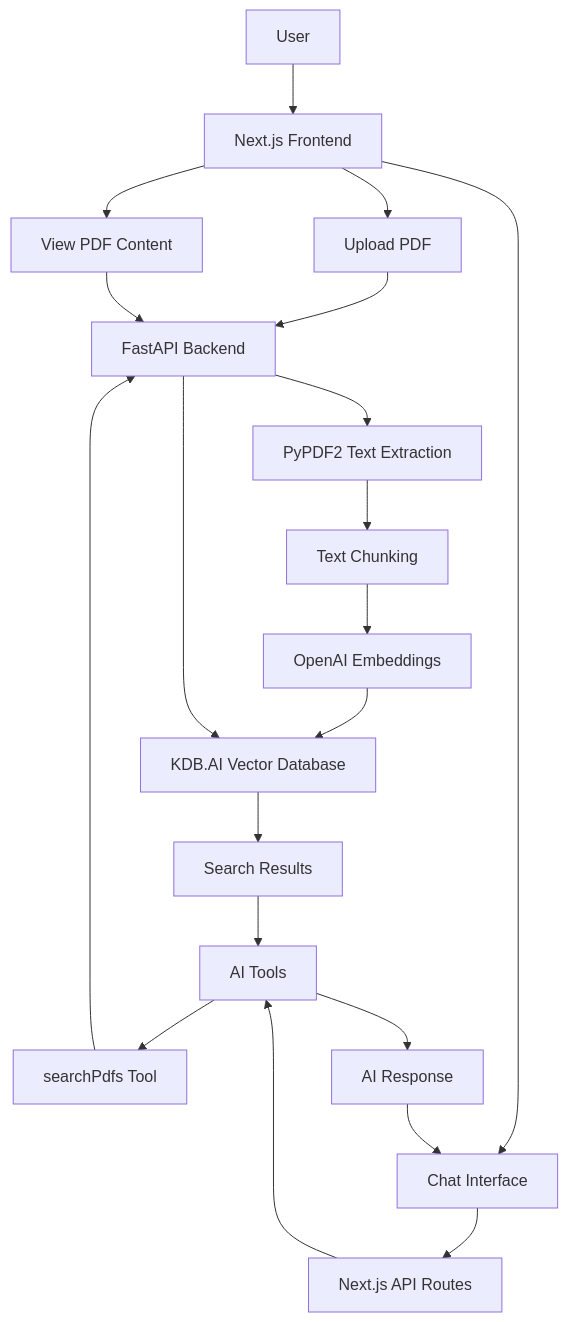
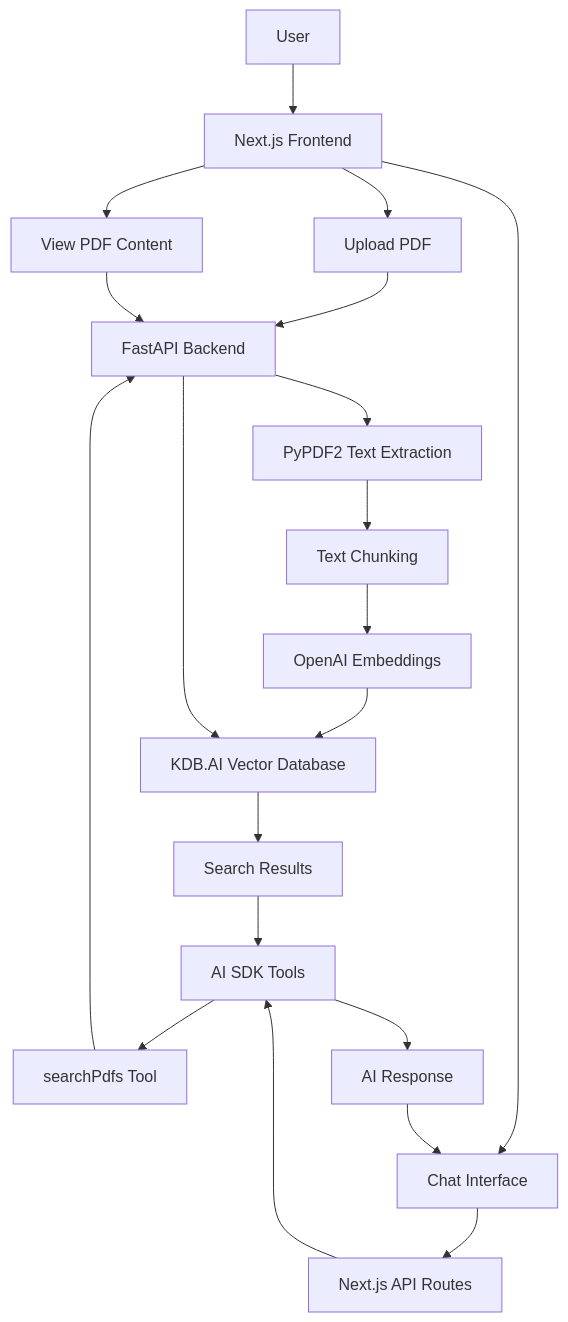
The diagram in README.md (mrmps/pdfchatbot), drawn with Mermaid before and after one commit. The commit also changed other lines of this file, not shown here.

````diff
--- a/README.md
+++ b/README.md
@@ -31,26 +33,26 @@
 ```mermaid
 graph TD
     User[User] --> Frontend[Next.js Frontend]
     Frontend --> UploadPDF[Upload PDF]
     Frontend --> ChatInterface[Chat Interface]
     Frontend --> ViewPDF[View PDF Content]
     
     UploadPDF --> FastAPI[FastAPI Backend]
     ChatInterface --> NextRoutes[Next.js API Routes]
     ViewPDF --> FastAPI
     
     FastAPI --> PyPDF2[PyPDF2 Text Extraction]
     PyPDF2 --> TextChunking[Text Chunking]
     TextChunking --> Embeddings[OpenAI Embeddings]
     Embeddings --> KDBAI[KDB.AI Vector Database]
     
-    NextRoutes --> AITools[AI Tools]
+    NextRoutes --> AITools[AI SDK Tools]
     AITools --> SearchPDFs[searchPdfs Tool]
     SearchPDFs --> FastAPI
     FastAPI --> KDBAI
     
     KDBAI --> Results[Search Results]
     Results --> AITools
     AITools --> Response[AI Response]
     Response --> ChatInterface
 ```
````
